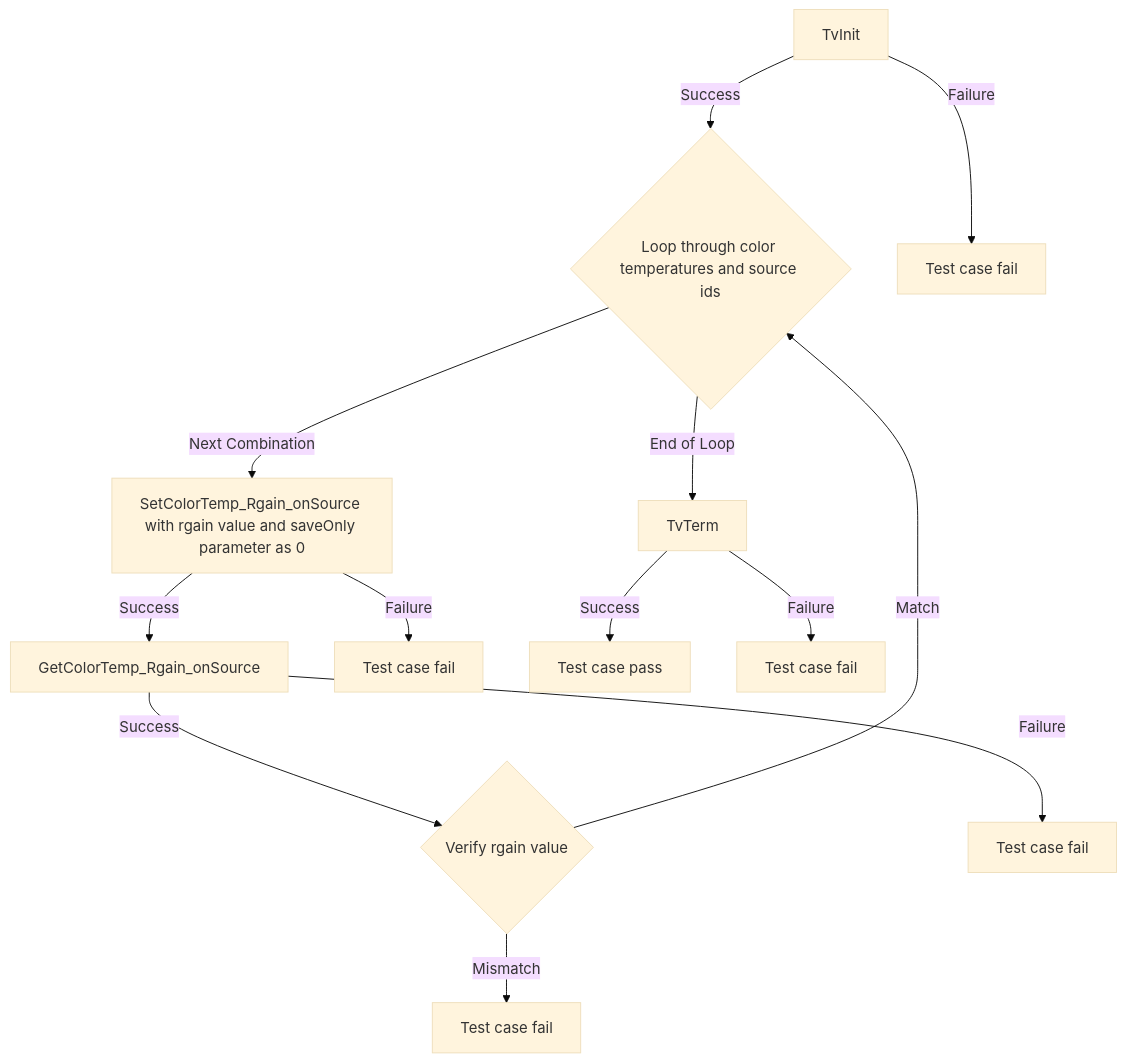
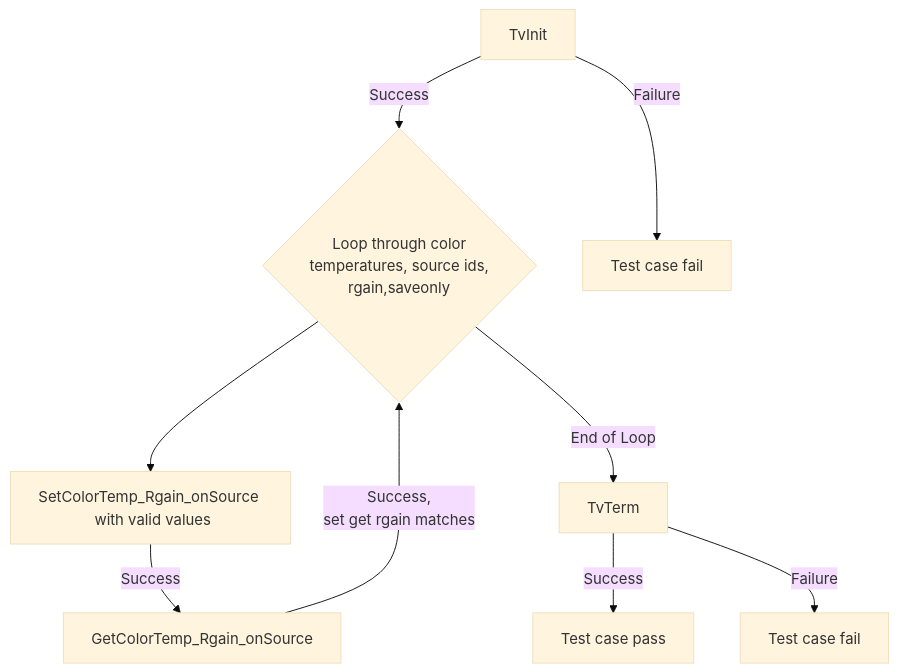
Diagram 27 of 48 in docs/pages/tvSettings_L2_Low-Level_TestSpecification.md (rdkcentral/rdkv-halif-test-tvsettings), drawn with Mermaid (base theme) before and after one commit. The commit also changed other lines of this file and 1 other file, not shown here.

````diff
--- a/docs/pages/tvSettings_L2_Low-Level_TestSpecification.md
+++ b/docs/pages/tvSettings_L2_Low-Level_TestSpecification.md
@@ -1275,15 +1233,11 @@
 ```mermaid
 graph TB
-    A[TvInit] -->|Success| B{Loop through color temperatures and source ids}
+    A[TvInit] -->|Success| B{Loop through color <br> temperatures, source ids,<br>rgain,saveonly}
     A -->|Failure| A1[Test case fail]
-    B -->|Next Combination| C[SetColorTemp_Rgain_onSource with rgain value and saveOnly parameter as 0]
+    B --> C[SetColorTemp_Rgain_onSource <br> with valid values]
+    C -->|Success| D[GetColorTemp_Rgain_onSource]
+    D -->|Success, <br> set get rgain matches| B
     B -->|End of Loop| G[TvTerm]
-    C -->|Success| D[GetColorTemp_Rgain_onSource]
-    C -->|Failure| C1[Test case fail]
-    D -->|Success| E{Verify rgain value}
-    D -->|Failure| D1[Test case fail]
-    E -->|Match| B
-    E -->|Mismatch| E1[Test case fail]
     G -->|Success| H[Test case pass]
     G -->|Failure| G1[Test case fail]
 ```
````
